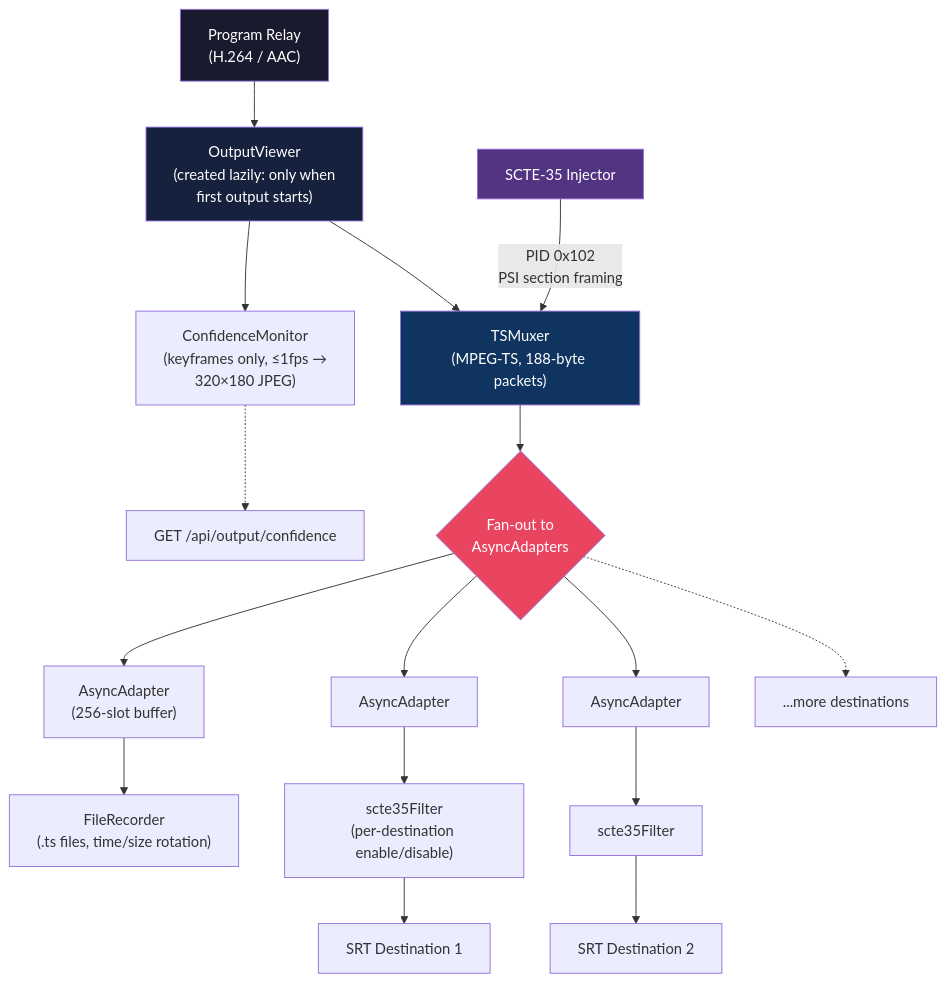
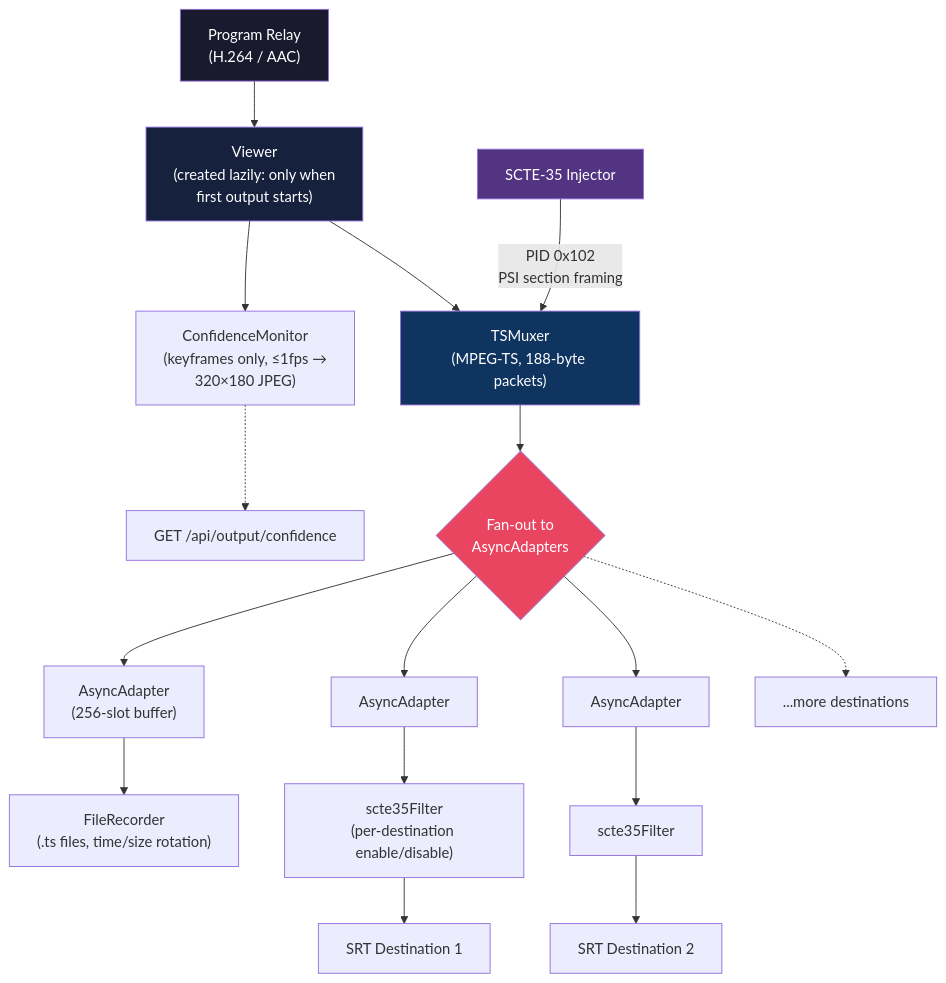
Diagram 11 of 17 in docs/architecture.md (zsiec/switchframe), drawn with Mermaid before and after one commit. The commit also changed other lines of this file and 4 other files, not shown here.

````diff
--- a/docs/architecture.md
+++ b/docs/architecture.md
@@ -401,33 +401,33 @@
 ```mermaid
 flowchart TD
     PR["Program Relay<br/>(H.264 / AAC)"]
 
-    PR --> OV["OutputViewer<br/>(created lazily: only when<br/>first output starts)"]
+    PR --> OV["Viewer<br/>(created lazily: only when<br/>first output starts)"]
 
     OV --> MUX["TSMuxer<br/>(MPEG-TS, 188-byte packets)"]
     OV --> CM["ConfidenceMonitor<br/>(keyframes only, ≤1fps →<br/>320×180 JPEG)"]
     CM -.-> API["GET /api/output/confidence"]
 
     INJ["SCTE-35 Injector"] -->|"PID 0x102<br/>PSI section framing"| MUX
 
     MUX --> FO{"Fan-out to<br/>AsyncAdapters"}
 
     FO --> AA1["AsyncAdapter<br/>(256-slot buffer)"]
     AA1 --> REC["FileRecorder<br/>(.ts files, time/size rotation)"]
 
     FO --> AA2["AsyncAdapter"]
     AA2 --> SF1["scte35Filter<br/>(per-destination enable/disable)"]
     SF1 --> SRT1["SRT Destination 1"]
 
     FO --> AA3["AsyncAdapter"]
     AA3 --> SF2["scte35Filter"]
     SF2 --> SRT2["SRT Destination 2"]
 
     FO -.-> MORE["...more destinations"]
 
     style PR fill:#1a1a2e,color:#fff
     style OV fill:#16213e,color:#fff
     style MUX fill:#0f3460,color:#fff
     style INJ fill:#533483,color:#fff
     style FO fill:#e94560,color:#fff
 ```
````
